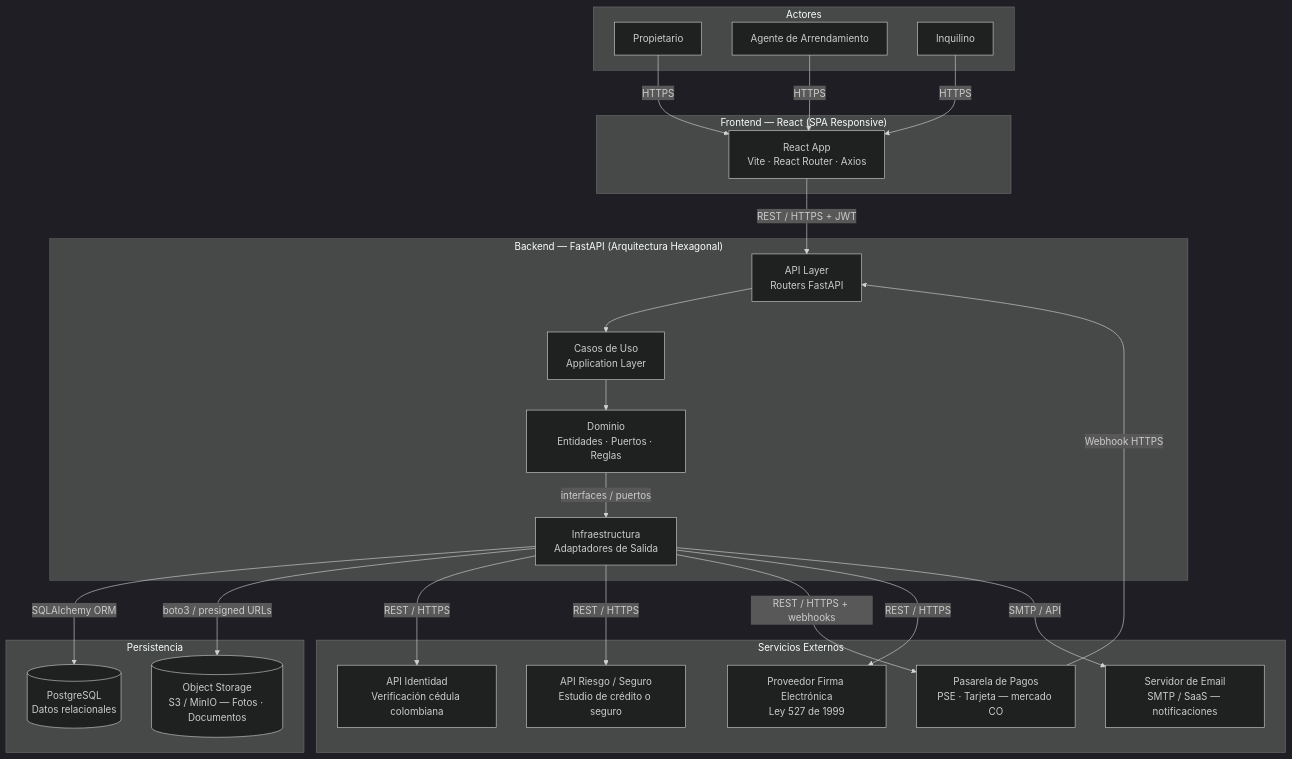
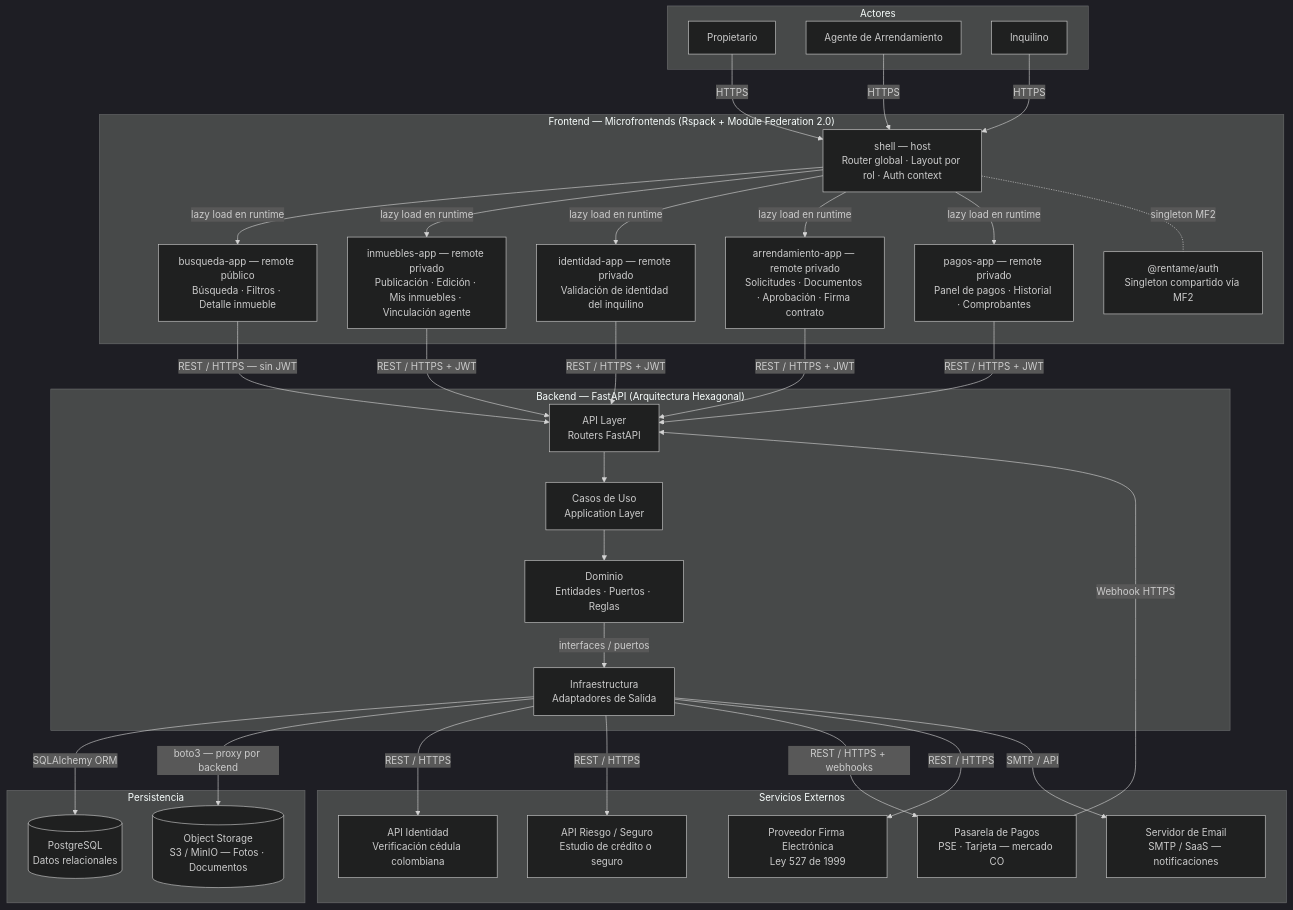
One commit to LIDR-academy/AI4Devs-finalproject changed the first of 2 diagrams in readme.md. Above: the diagram before and after it, drawn with Mermaid (dark theme). The commit also changed other lines of this file and 8 other files, not shown here.

````diff
--- a/readme.md
+++ b/readme.md
@@ -76,51 +97,69 @@
 ```mermaid
 graph TD
     subgraph Actores
         PRP[Propietario]
         AGT[Agente de Arrendamiento]
         INQ[Inquilino]
     end
 
-    subgraph Frontend["Frontend — React (SPA Responsive)"]
-        FE[React App\nVite · React Router · Axios]
+    subgraph Frontend["Frontend — Microfrontends (Rspack + Module Federation 2.0)"]
+        SHELL["shell — host\nRouter global · Layout por rol · Auth context"]
+        BUSQAPP["busqueda-app — remote público\nBúsqueda · Filtros · Detalle inmueble"]
+        INMAPP["inmuebles-app — remote privado\nPublicación · Edición · Mis inmuebles · Vinculación agente"]
+        IDENTAPP["identidad-app — remote privado\nValidación de identidad del inquilino"]
+        ARRAPP["arrendamiento-app — remote privado\nSolicitudes · Documentos · Aprobación · Firma contrato"]
+        PAGAPP["pagos-app — remote privado\nPanel de pagos · Historial · Comprobantes"]
+        AUTHPKG["@rentame/auth\nSingleton compartido vía MF2"]
+
+        SHELL -->|lazy load en runtime| BUSQAPP
+        SHELL -->|lazy load en runtime| INMAPP
+        SHELL -->|lazy load en runtime| IDENTAPP
+        SHELL -->|lazy load en runtime| ARRAPP
+        SHELL -->|lazy load en runtime| PAGAPP
+        SHELL -.-|singleton MF2| AUTHPKG
     end
 
     subgraph Backend["Backend — FastAPI (Arquitectura Hexagonal)"]
         API[API Layer\nRouters FastAPI]
         UC[Casos de Uso\nApplication Layer]
         DOM[Dominio\nEntidades · Puertos · Reglas]
         INFRA[Infraestructura\nAdaptadores de Salida]
     end
 
     subgraph Persistencia["Persistencia"]
         PG[(PostgreSQL\nDatos relacionales)]
         S3[(Object Storage\nS3 / MinIO — Fotos · Documentos)]
     end
 
     subgraph Externos["Servicios Externos"]
         IDENT[API Identidad\nVerificación cédula colombiana]
         RIESGO[API Riesgo / Seguro\nEstudio de crédito o seguro]
         PAGOS[Pasarela de Pagos\nPSE · Tarjeta — mercado CO]
         FIRMA[Proveedor Firma Electrónica\nLey 527 de 1999]
         EMAIL[Servidor de Email\nSMTP / SaaS — notificaciones]
     end
 
-    PRP -->|HTTPS| FE
-    AGT -->|HTTPS| FE
-    INQ -->|HTTPS| FE
+    PRP -->|HTTPS| SHELL
+    AGT -->|HTTPS| SHELL
+    INQ -->|HTTPS| SHELL
 
-    FE -->|REST / HTTPS + JWT| API
+    BUSQAPP -->|REST / HTTPS — sin JWT| API
+    INMAPP -->|REST / HTTPS + JWT| API
+    IDENTAPP -->|REST / HTTPS + JWT| API
+    ARRAPP -->|REST / HTTPS + JWT| API
+    PAGAPP -->|REST / HTTPS + JWT| API
+
     API --> UC
     UC --> DOM
     DOM -->|interfaces / puertos| INFRA
 
     INFRA -->|SQLAlchemy ORM| PG
-    INFRA -->|boto3 / presigned URLs| S3
+    INFRA -->|boto3 — proxy por backend| S3
     INFRA -->|REST / HTTPS| IDENT
     INFRA -->|REST / HTTPS| RIESGO
     INFRA -->|REST / HTTPS + webhooks| PAGOS
     INFRA -->|REST / HTTPS| FIRMA
     INFRA -->|SMTP / API| EMAIL
 
     PAGOS -->|Webhook HTTPS| API
 ```
````
